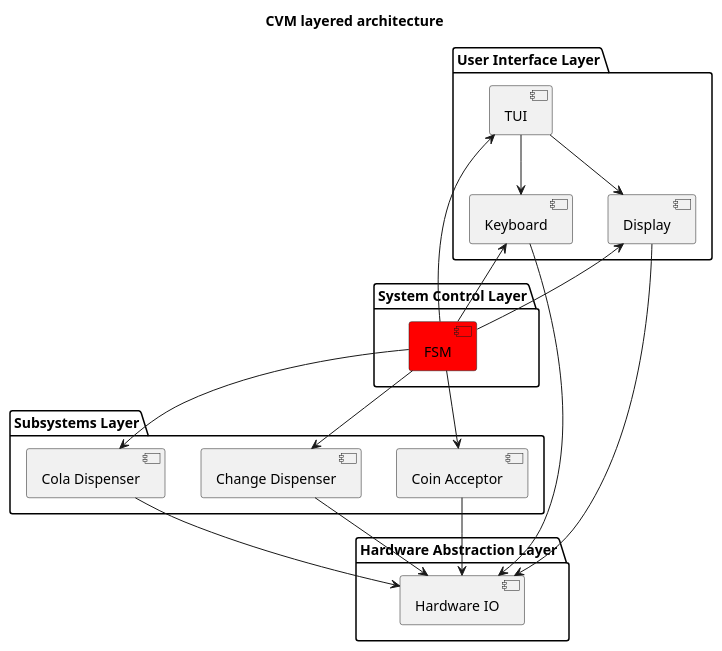
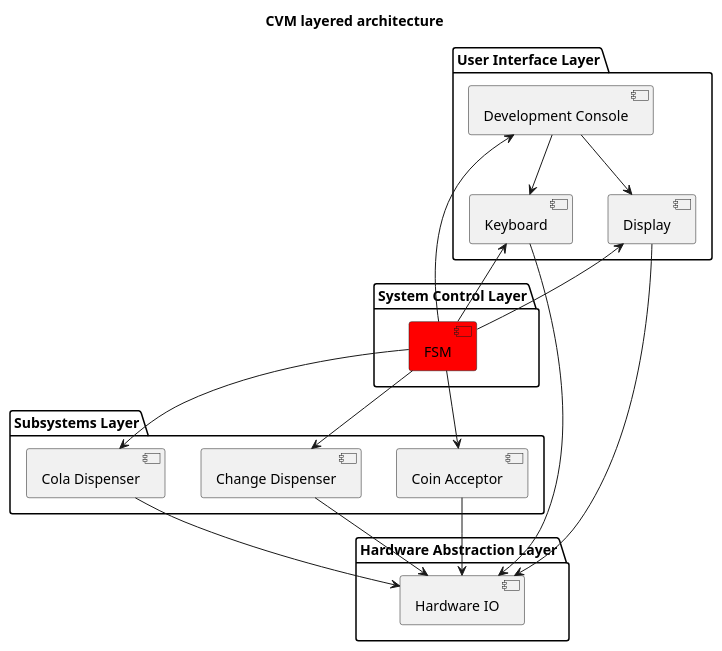
Before and after one commit to josokw/IntroductionC: the diagram in ColaVendingMachine/CVM-dev/uml/ColaVendingMachine-5-layer.puml, drawn with PlantUML.

Commit message:
Replace TUI by Development Console

```diff
--- a/ColaVendingMachine/CVM-dev/uml/ColaVendingMachine-5-layer.puml
+++ b/ColaVendingMachine/CVM-dev/uml/ColaVendingMachine-5-layer.puml
@@ -1,39 +1,39 @@
 @startuml
 
 title CVM layered architecture
 
 package "User Interface Layer" {
     [Display]
     [Keyboard]
-    [TUI]
+    [Development Console]
 }
 
 package "System Control Layer" {
     [FSM] #red
 }
 
 package "Subsystems Layer" {
     [Cola Dispenser]
     [Coin Acceptor]
     [Change Dispenser]
 }
 
 package "Hardware Abstraction Layer" {
     [Hardware IO]
 }
 
 [FSM] -down-> [Coin Acceptor]
 [FSM] -down-> [Cola Dispenser]
 [FSM] -down-> [Change Dispenser]
 [FSM] -up-> [Display]
 [FSM] -up-> [Keyboard]
-[FSM] -up-> [TUI]
+[FSM] -up-> [Development Console]
 [Coin Acceptor] --> [Hardware IO]
 [Cola Dispenser] --> [Hardware IO]
 [Change Dispenser] --> [Hardware IO]
-[TUI] -down-> [Keyboard]
-[TUI] -down-> [Display]
+[Development Console] -down-> [Keyboard]
+[Development Console] -down-> [Display]
 [Display] --> [Hardware IO]
 [Keyboard] --> [Hardware IO]
 
 @enduml
```
